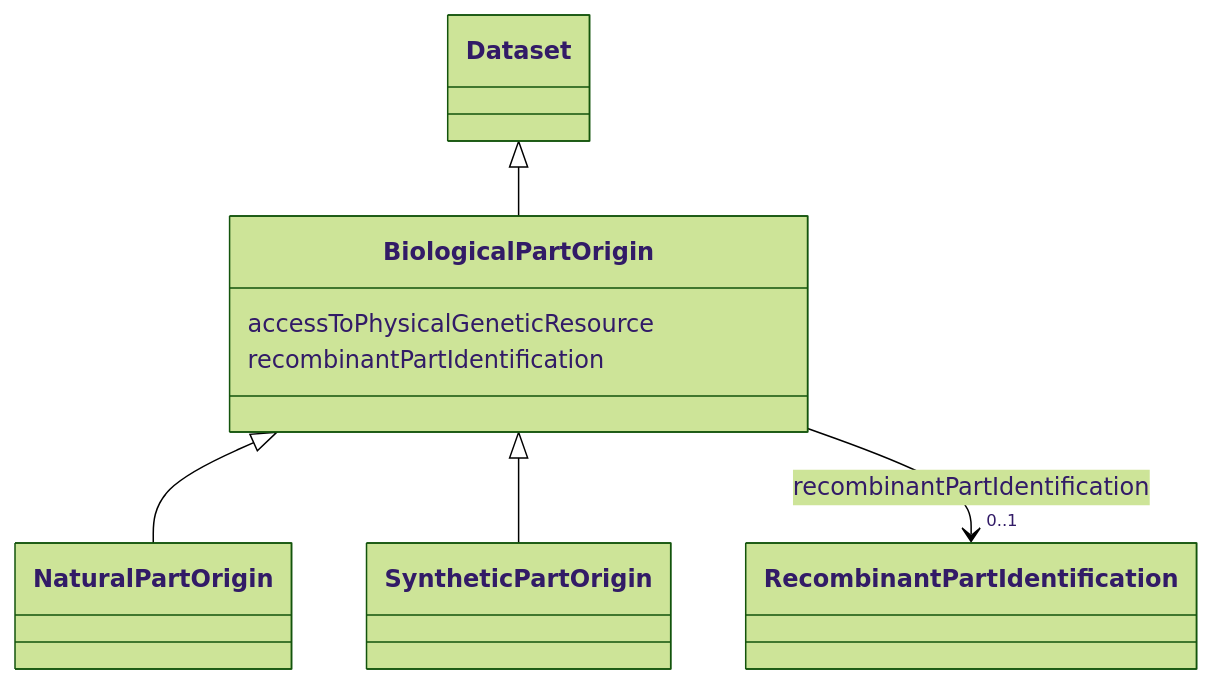
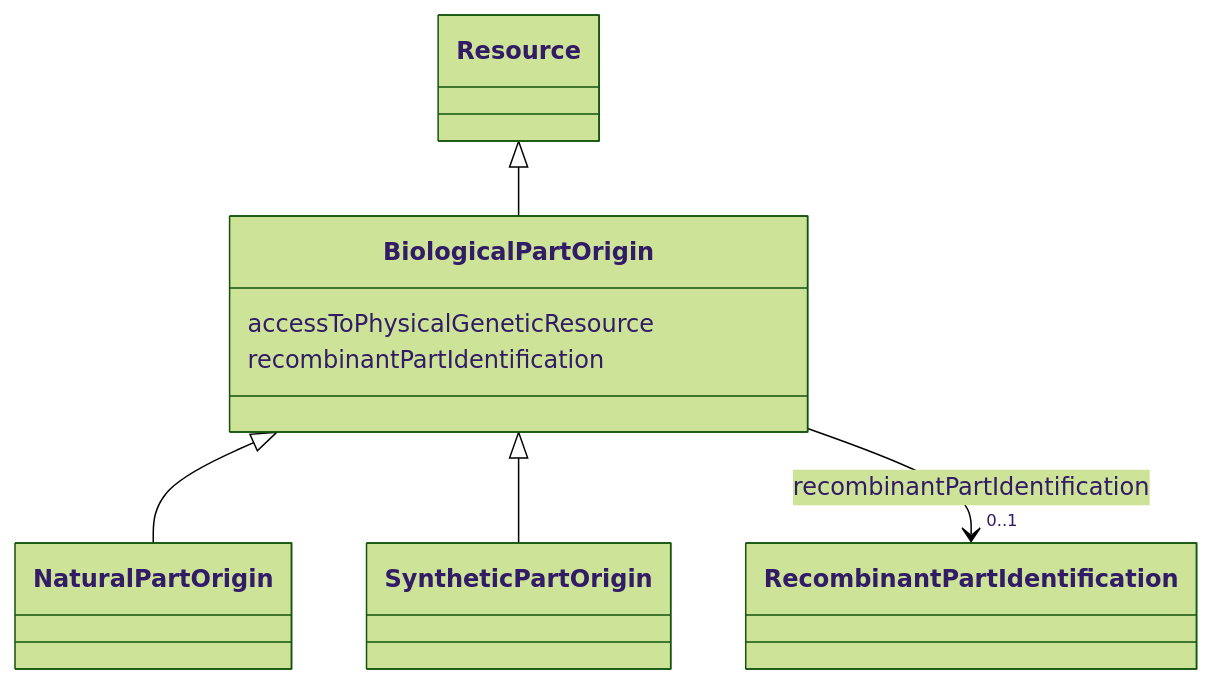
The diagram in models/docs/BiologicalPartOrigin.md (EVORA-project/evora-ontology), drawn with Mermaid (forest theme) before and after one commit. The commit also changed other lines of this file and 435 other files, not shown here.

````diff
--- a/models/docs/BiologicalPartOrigin.md
+++ b/models/docs/BiologicalPartOrigin.md
@@ -21,27 +21,27 @@
 ```mermaid
  classDiagram
     class BiologicalPartOrigin
     click BiologicalPartOrigin href "../BiologicalPartOrigin"
-      Dataset <|-- BiologicalPartOrigin
-        click Dataset href "../Dataset"
+      Resource <|-- BiologicalPartOrigin
+        click Resource href "../Resource"
       
 
       BiologicalPartOrigin <|-- NaturalPartOrigin
         click NaturalPartOrigin href "../NaturalPartOrigin"
       BiologicalPartOrigin <|-- SyntheticPartOrigin
         click SyntheticPartOrigin href "../SyntheticPartOrigin"
       
       
       BiologicalPartOrigin : accessToPhysicalGeneticResource
         
       BiologicalPartOrigin : recombinantPartIdentification
         
           
     
     
     BiologicalPartOrigin --> "0..1" RecombinantPartIdentification : recombinantPartIdentification
     click RecombinantPartIdentification href "../RecombinantPartIdentification"
 
         
       
 ```
````
